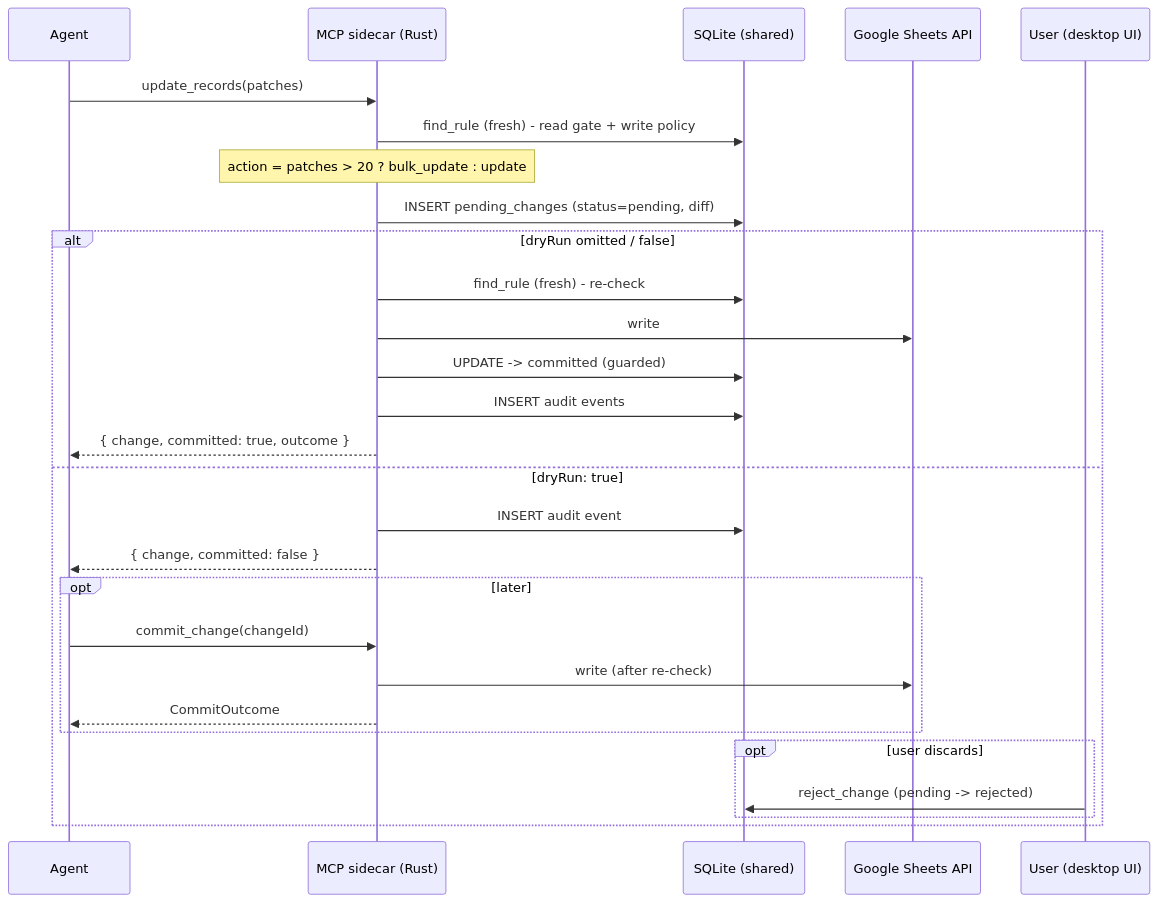
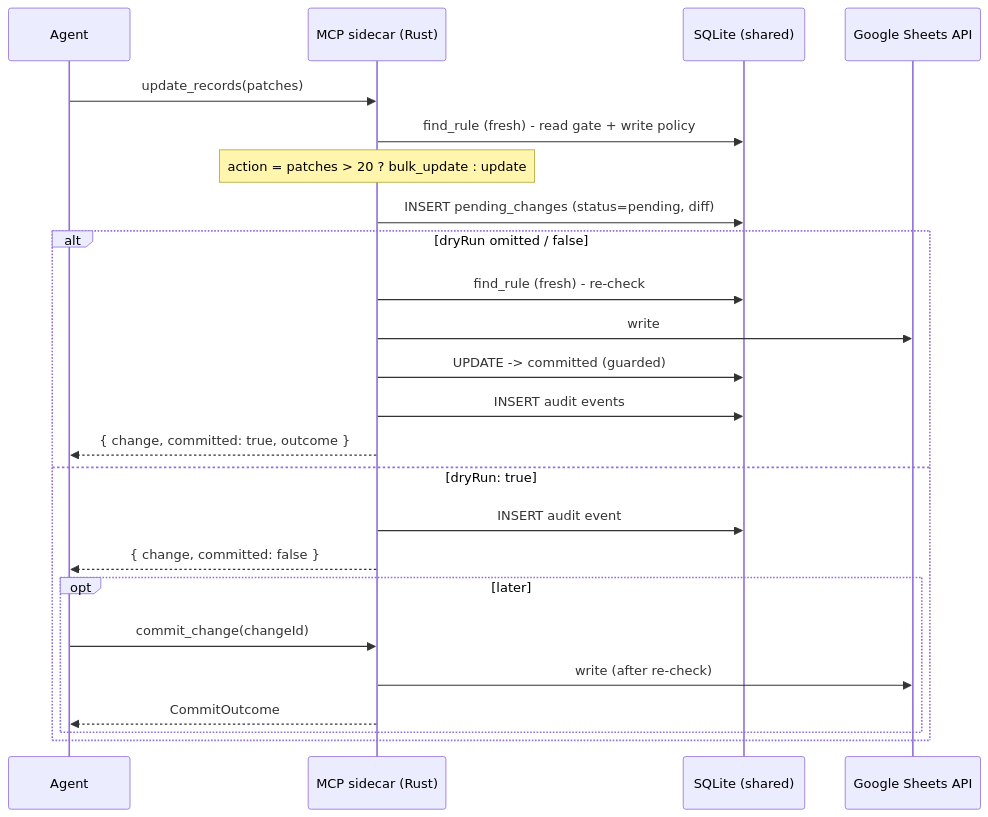
One commit to h1dr0nn/airtable-sheet-port changed the third of 3 diagrams in docs/architecture.md. Above: the diagram before and after it, drawn with Mermaid. The commit also changed other lines of this file and 32 other files, not shown here.

````diff
--- a/docs/architecture.md
+++ b/docs/architecture.md
@@ -254,31 +253,27 @@
 ```mermaid
 sequenceDiagram
   participant A as Agent
   participant M as MCP sidecar (Rust)
   participant DB as SQLite (shared)
   participant G as Google Sheets API
-  participant U as User (desktop UI)
 
   A->>M: update_records(patches)
   M->>DB: find_rule (fresh) - read gate + write policy
   Note over M: action = patches > 20 ? bulk_update : update
   M->>DB: INSERT pending_changes (status=pending, diff)
   alt dryRun omitted / false
     M->>DB: find_rule (fresh) - re-check
     M->>G: write
     M->>DB: UPDATE -> committed (guarded)
     M->>DB: INSERT audit events
     M-->>A: { change, committed: true, outcome }
   else dryRun: true
     M->>DB: INSERT audit event
     M-->>A: { change, committed: false }
     opt later
       A->>M: commit_change(changeId)
       M->>G: write (after re-check)
       M-->>A: CommitOutcome
     end
-    opt user discards
-      U->>DB: reject_change (pending -> rejected)
-    end
   end
 ```
````
